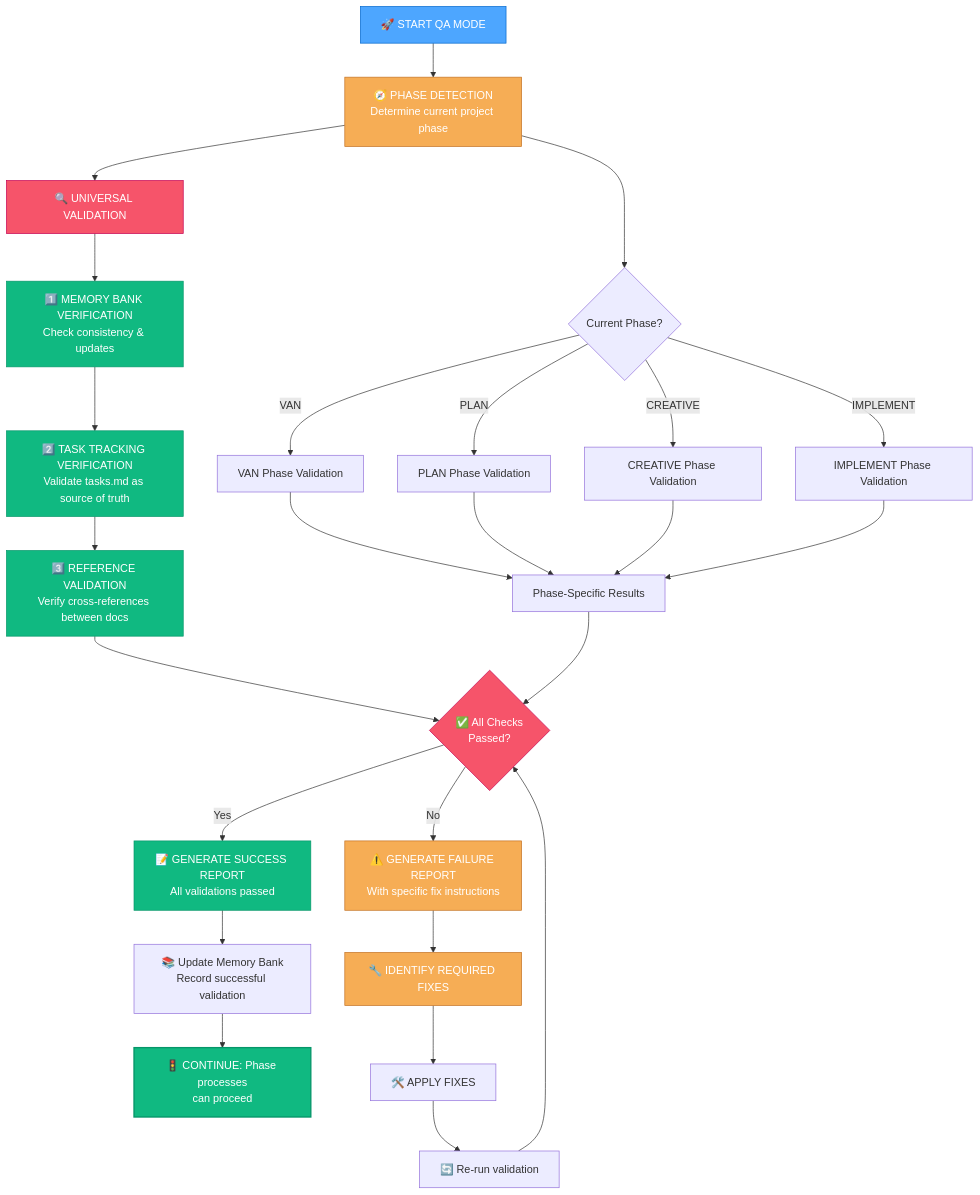
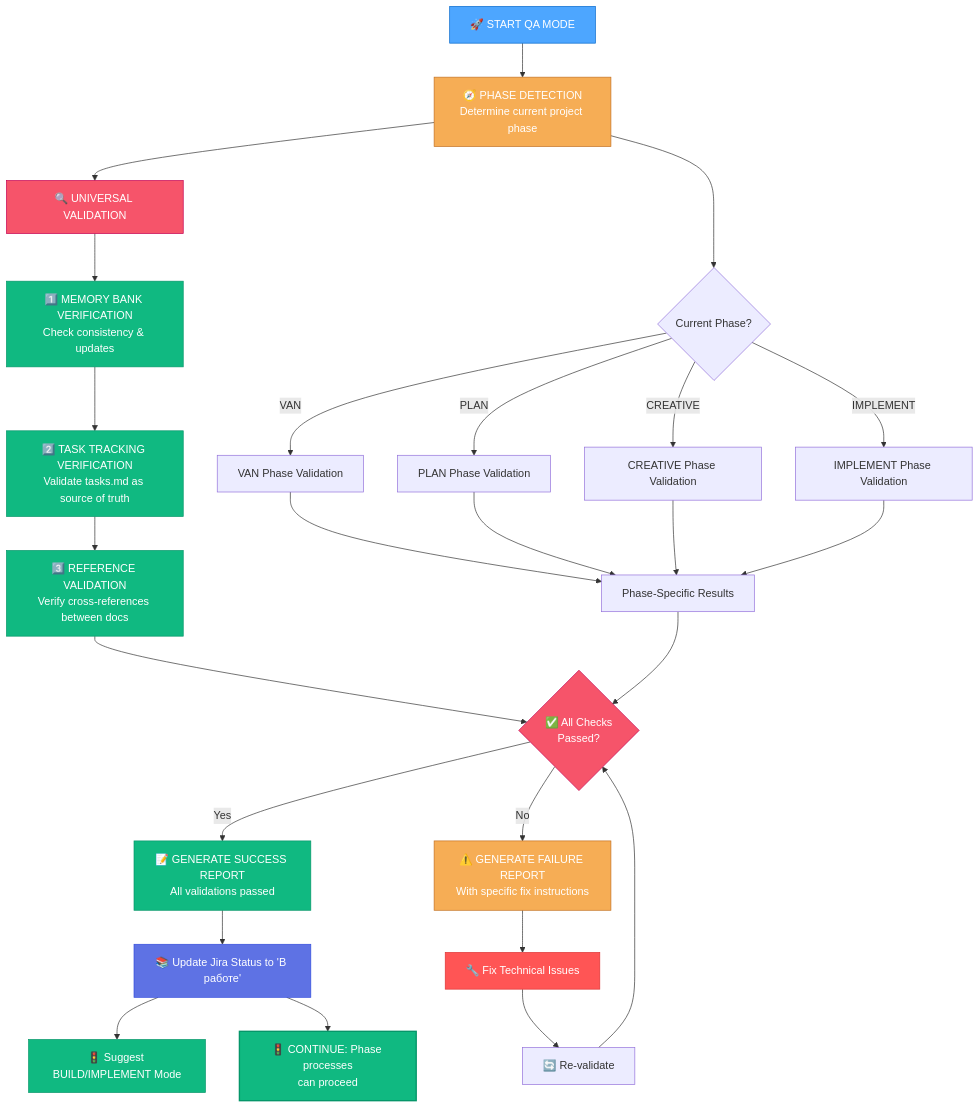
The first of 10 diagrams in .cursor/rules/isolation_rules/visual-maps/qa-mode-map.mdc (ms-moar/cursor-tools), drawn with Mermaid before and after one commit. The commit also changed other lines of this file and 3 other files, not shown here.

````diff
--- a/.cursor/rules/isolation_rules/visual-maps/qa-mode-map.mdc
+++ b/.cursor/rules/isolation_rules/visual-maps/qa-mode-map.mdc
@@ -12,48 +12,55 @@
 ```mermaid
 graph TD
     Start["🚀 START QA MODE"] --> DetectPhase["🧭 PHASE DETECTION<br>Determine current project phase"]
     
     %% Phase detection decision path
     DetectPhase --> PhaseDetermination{"Current Phase?"}
     PhaseDetermination -->|"VAN"| VANChecks["VAN Phase Validation"]
     PhaseDetermination -->|"PLAN"| PLANChecks["PLAN Phase Validation"]
     PhaseDetermination -->|"CREATIVE"| CREATIVEChecks["CREATIVE Phase Validation"] 
     PhaseDetermination -->|"IMPLEMENT"| IMPLEMENTChecks["IMPLEMENT Phase Validation"]
     
     %% Universal checks that apply to all phases
     DetectPhase --> UniversalChecks["🔍 UNIVERSAL VALIDATION"]
     UniversalChecks --> MemoryBankCheck["1️⃣ MEMORY BANK VERIFICATION<br>Check consistency & updates"]
     MemoryBankCheck --> TaskTrackingCheck["2️⃣ TASK TRACKING VERIFICATION<br>Validate tasks.md as source of truth"]
     TaskTrackingCheck --> ReferenceCheck["3️⃣ REFERENCE VALIDATION<br>Verify cross-references between docs"]
     
     %% Phase-specific validations feed into comprehensive report
     VANChecks & PLANChecks & CREATIVEChecks & IMPLEMENTChecks --> PhaseSpecificResults["Phase-Specific Results"]
     ReferenceCheck & PhaseSpecificResults --> ValidationResults{"✅ All Checks<br>Passed?"}
     
     %% Results Processing
     ValidationResults -->|"Yes"| SuccessReport["📝 GENERATE SUCCESS REPORT<br>All validations passed"]
+
+    %% JIRA INTEGRATION START
+    SuccessReport --> UpdateJiraStatus["📚 Update Jira Status to 'В работе'"]
+    UpdateJiraStatus --> SuggestBuild["🚦 Suggest BUILD/IMPLEMENT Mode"]
+    %% JIRA INTEGRATION END
+
     ValidationResults -->|"No"| FailureReport["⚠️ GENERATE FAILURE REPORT<br>With specific fix instructions"]
     
     %% Success Path
-    SuccessReport --> UpdateMB["📚 Update Memory Bank<br>Record successful validation"]
-    UpdateMB --> ContinueProcess["🚦 CONTINUE: Phase processes<br>can proceed"]
+    UpdateJiraStatus --> ContinueProcess["🚦 CONTINUE: Phase processes<br>can proceed"]
     
     %% Failure Path
-    FailureReport --> IdentifyFixes["🔧 IDENTIFY REQUIRED FIXES"]
-    IdentifyFixes --> ApplyFixes["🛠️ APPLY FIXES"]
-    ApplyFixes --> Revalidate["🔄 Re-run validation"]
-    Revalidate --> ValidationResults
+    FailureReport --> FixIssues["🔧 Fix Technical Issues"]
+    FixIssues --> ReValidate["🔄 Re-validate"]
+    ReValidate --> ValidationResults
     
     %% Style nodes for clarity
     style Start fill:#4da6ff,stroke:#0066cc,color:white
     style DetectPhase fill:#f6ad55,stroke:#c27022,color:white
     style UniversalChecks fill:#f6546a,stroke:#c30052,color:white
     style MemoryBankCheck fill:#10b981,stroke:#059669,color:white
     style TaskTrackingCheck fill:#10b981,stroke:#059669,color:white
     style ReferenceCheck fill:#10b981,stroke:#059669,color:white
     style ValidationResults fill:#f6546a,stroke:#c30052,color:white
     style SuccessReport fill:#10b981,stroke:#059669,color:white
     style FailureReport fill:#f6ad55,stroke:#c27022,color:white
     style ContinueProcess fill:#10b981,stroke:#059669,color:white,stroke-width:2px
-    style IdentifyFixes fill:#f6ad55,stroke:#c27022,color:white
+    style FixIssues fill:#ff5555,stroke:#dd3333,color:white
+    %% JIRA Node Styles
+    style UpdateJiraStatus fill:#5e72e4,stroke:#324cdd,color:white
+    style SuggestBuild fill:#10b981,stroke:#059669,color:white
 ```
````
